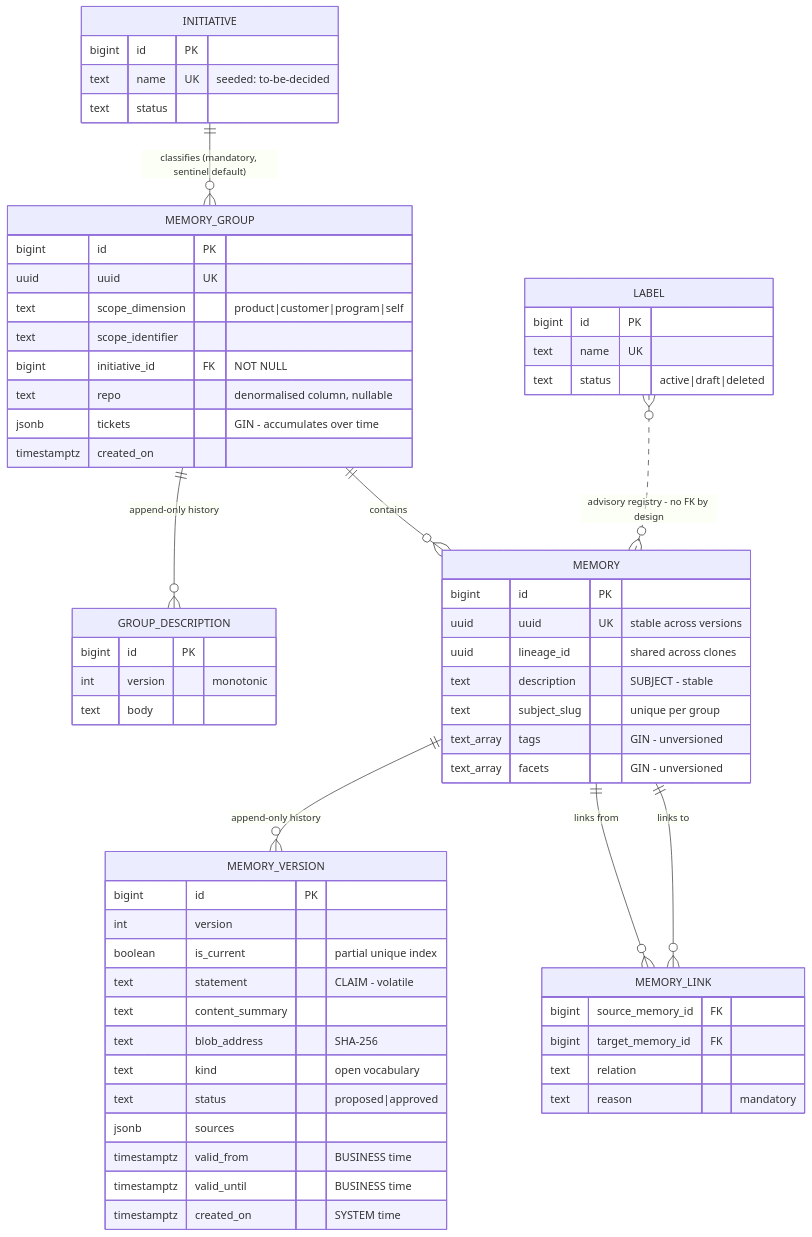
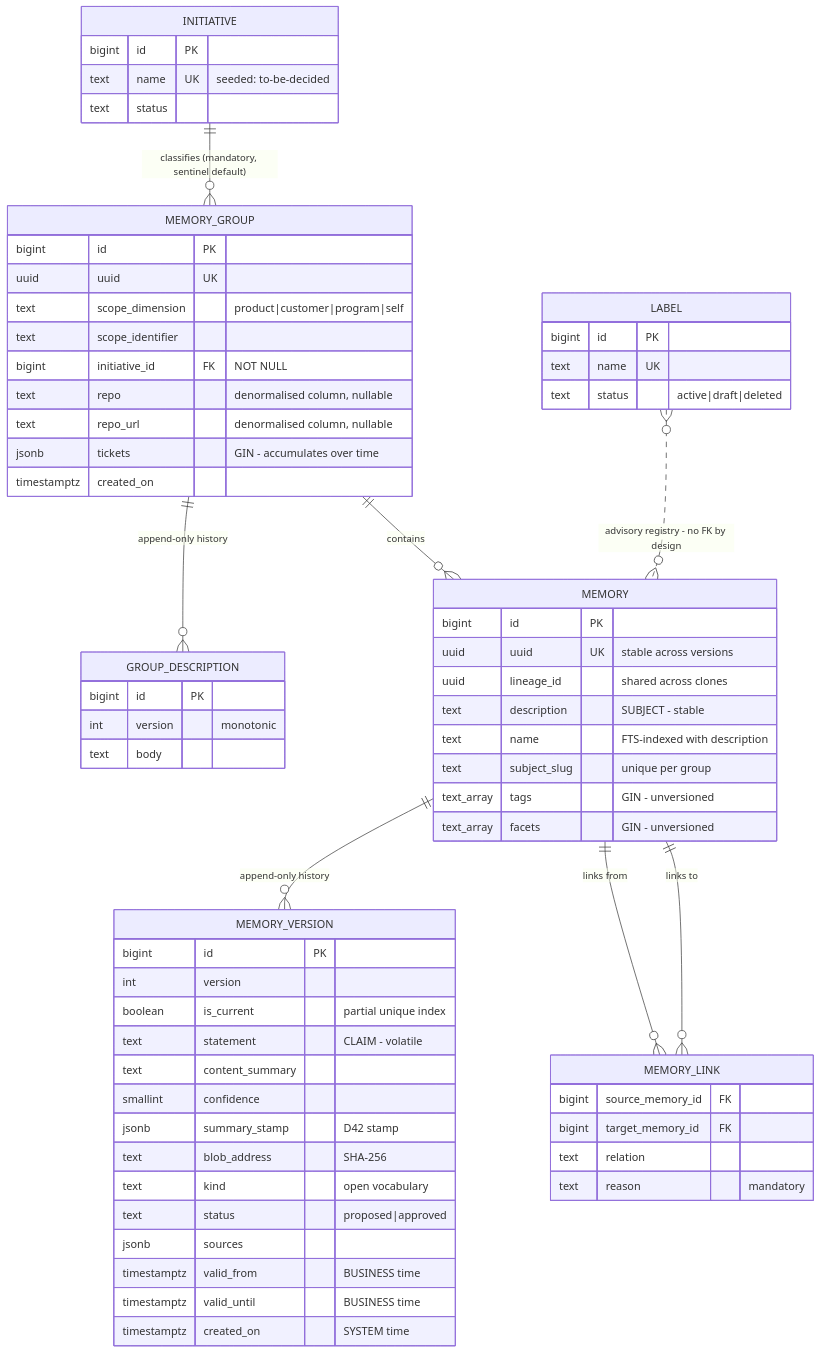
One commit to generic-automation-and-it/smooth-ai-product-context-memory changed the third of 3 diagrams in docs/hlds/001-context-memory-storage/diagrams/c4-context.md. Above: the diagram before and after it, drawn with Mermaid. The commit also changed 24 other files, not shown here.

````diff
--- a/docs/hlds/001-context-memory-storage/diagrams/c4-context.md
+++ b/docs/hlds/001-context-memory-storage/diagrams/c4-context.md
@@ -77,65 +77,69 @@
 ```mermaid
 erDiagram
     INITIATIVE ||--o{ MEMORY_GROUP : "classifies (mandatory, sentinel default)"
     MEMORY_GROUP ||--o{ GROUP_DESCRIPTION : "append-only history"
     MEMORY_GROUP ||--o{ MEMORY : contains
     MEMORY ||--o{ MEMORY_VERSION : "append-only history"
     MEMORY ||--o{ MEMORY_LINK : "links from"
     MEMORY ||--o{ MEMORY_LINK : "links to"
     LABEL }o..o{ MEMORY : "advisory registry - no FK by design"
 
     INITIATIVE {
         bigint id PK
         text name UK "seeded: to-be-decided"
         text status
     }
     LABEL {
         bigint id PK
         text name UK
         text status "active|draft|deleted"
     }
     MEMORY_GROUP {
         bigint id PK
         uuid uuid UK
         text scope_dimension "product|customer|program|self"
         text scope_identifier
         bigint initiative_id FK "NOT NULL"
         text repo "denormalised column, nullable"
+        text repo_url "denormalised column, nullable"
         jsonb tickets "GIN - accumulates over time"
         timestamptz created_on
     }
     GROUP_DESCRIPTION {
         bigint id PK
         int version "monotonic"
         text body
     }
     MEMORY {
         bigint id PK
         uuid uuid UK "stable across versions"
         uuid lineage_id "shared across clones"
         text description "SUBJECT - stable"
+        text name "FTS-indexed with description"
         text subject_slug "unique per group"
         text_array tags "GIN - unversioned"
         text_array facets "GIN - unversioned"
     }
     MEMORY_VERSION {
         bigint id PK
         int version
         boolean is_current "partial unique index"
         text statement "CLAIM - volatile"
         text content_summary
+        smallint confidence
+        jsonb summary_stamp "D42 stamp"
         text blob_address "SHA-256"
         text kind "open vocabulary"
         text status "proposed|approved"
         jsonb sources
         timestamptz valid_from "BUSINESS time"
         timestamptz valid_until "BUSINESS time"
         timestamptz created_on "SYSTEM time"
     }
     MEMORY_LINK {
         bigint source_memory_id FK
         bigint target_memory_id FK
         text relation
         text reason "mandatory"
     }
 ```
````
